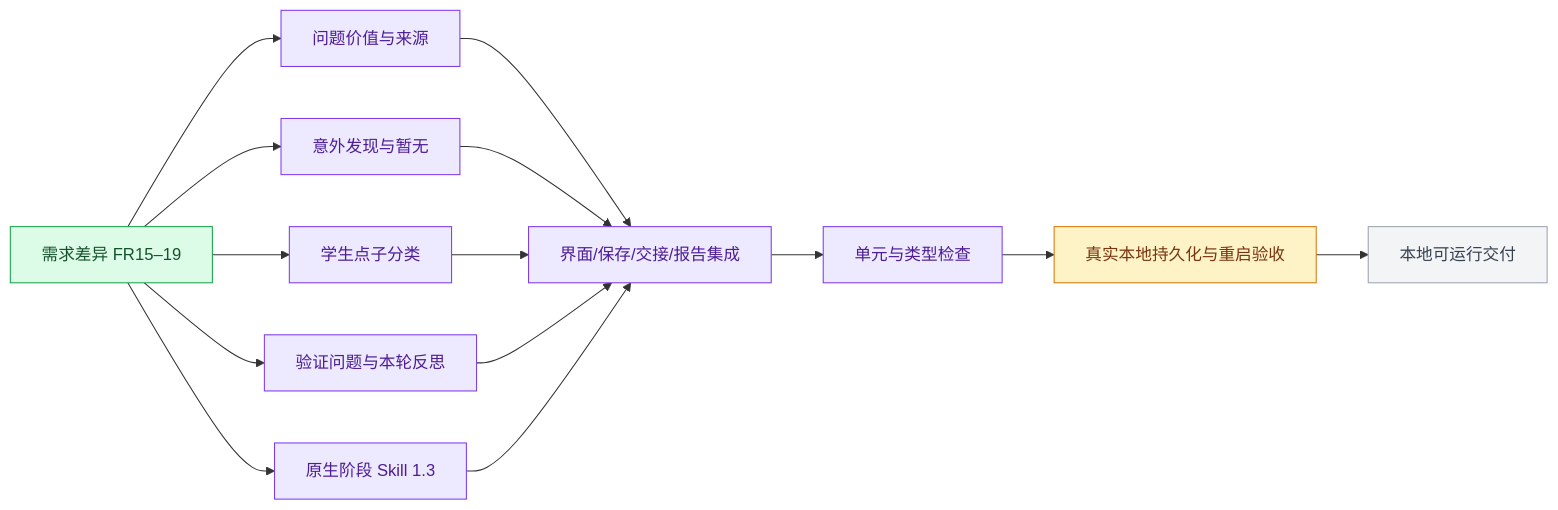
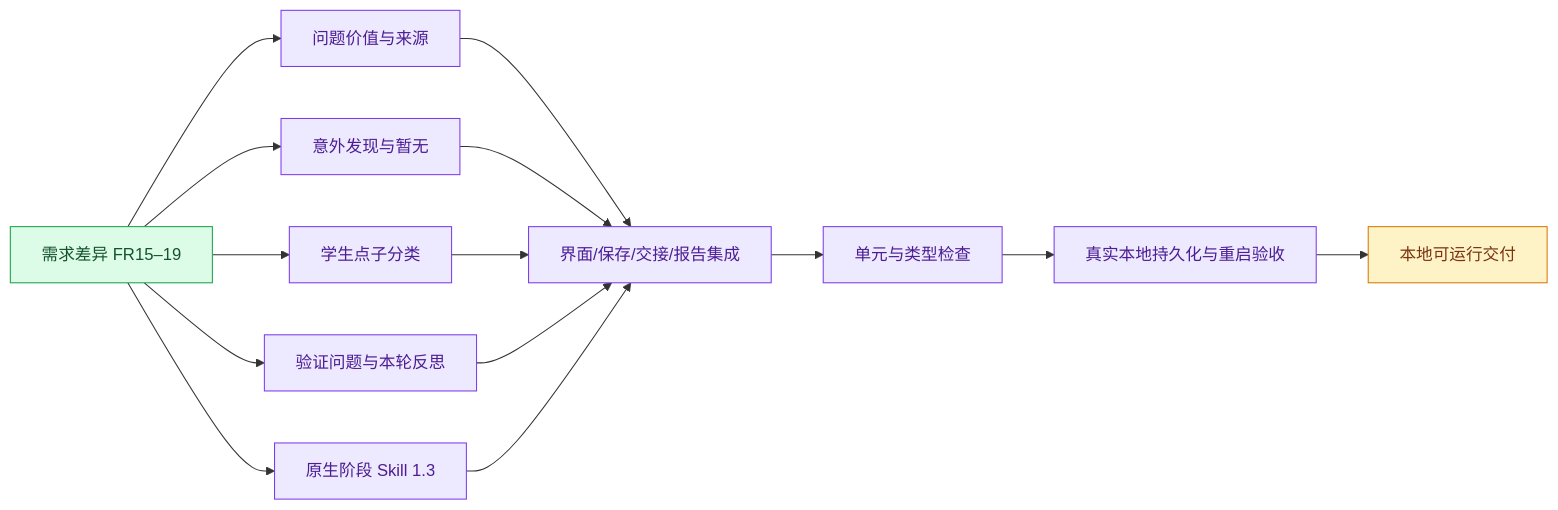
Before and after one commit to boardx/workspacex: the diagram in docs/evidence/aidt-native/module-isolation/v2/execution.plan.md, drawn with Mermaid. The commit also changed 43 other files, not shown here.

````diff
--- a/docs/evidence/aidt-native/module-isolation/v2/execution.plan.md
+++ b/docs/evidence/aidt-native/module-isolation/v2/execution.plan.md
@@ -5,25 +5,25 @@
 ```mermaid
 flowchart LR
  R[需求差异 FR15–19] --> P[问题价值与来源]
  R --> S[意外发现与暂无]
  R --> I[学生点子分类]
  R --> V[验证问题与本轮反思]
  R --> K[原生阶段 Skill 1.3]
  P --> J[界面/保存/交接/报告集成]
  S --> J
  I --> J
  V --> J
  K --> J
  J --> T[单元与类型检查]
  T --> E[真实本地持久化与重启验收]
  E --> D[本地可运行交付]
  classDef done fill:#dcfce7,stroke:#16a34a,color:#14532d
  classDef active fill:#fef3c7,stroke:#d97706,color:#78350f
  classDef tested fill:#ede9fe,stroke:#7c3aed,color:#4c1d95
  classDef pending fill:#f3f4f6,stroke:#9ca3af,color:#374151
  class R done
  class P,S,I,V,K tested
  class J,T tested
- class E active
- class D pending
+ class E tested
+ class D active
 ```
````
